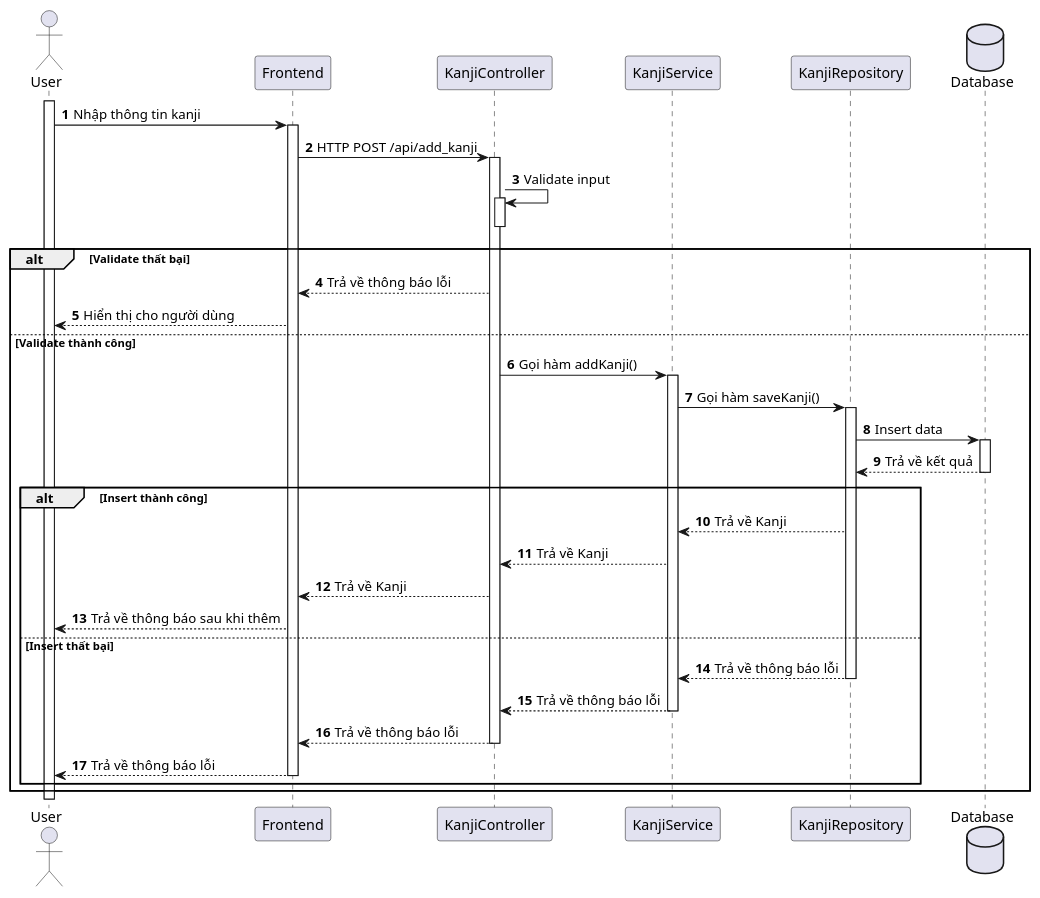
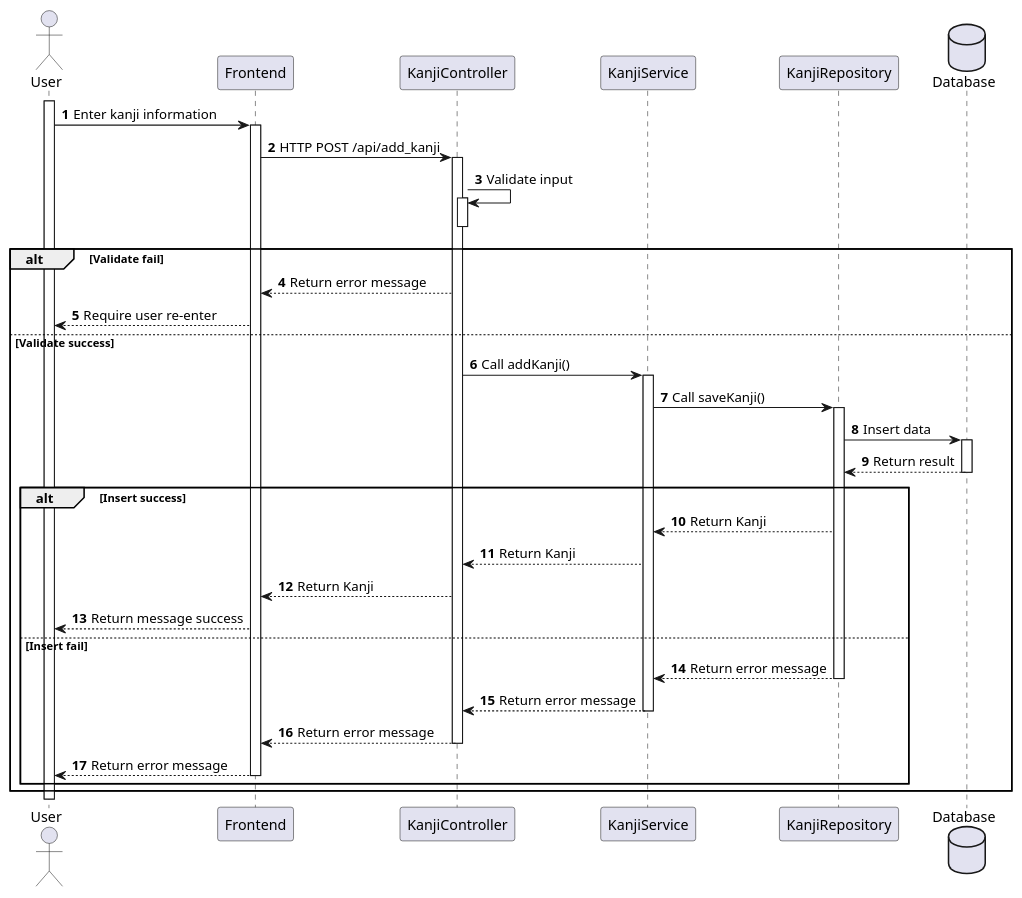
Before and after one commit to Annthe160639/japanese-app: the diagram in japanese-app/plant_uml/Kanji/[Sequence] Kanji_Add.puml, drawn with PlantUML. The commit also changed 7 other files, not shown here.

Commit message:
update sequence

```diff
--- a/japanese-app/plant_uml/Kanji/[Sequence] Kanji_Add.puml
+++ b/japanese-app/plant_uml/Kanji/[Sequence] Kanji_Add.puml
@@ -1,43 +1,43 @@
 @startuml
 actor User
 'participant "Homepage Activity" as Homepage
 participant "Frontend" as Frontend
 participant "KanjiController" as Controller
 participant "KanjiService" as Service
 participant "KanjiRepository" as Repository
 
 database Database
 activate User
 autonumber
 
-User -> Frontend++: Nhập thông tin kanji
+User -> Frontend++: Enter kanji information
 Frontend -> Controller++: HTTP POST /api/add_kanji
 Controller -> Controller: Validate input
 activate Controller
 deactivate Controller
 
-alt Validate thất bại
-    Controller --> Frontend: Trả về thông báo lỗi
-    Frontend --> User: Hiển thị cho người dùng
+alt Validate fail
+    Controller --> Frontend: Return error message
+    Frontend --> User: Require user re-enter
 
-else Validate thành công
-    Controller -> Service++: Gọi hàm addKanji()
-    Service -> Repository++: Gọi hàm saveKanji()
+else Validate success
+    Controller -> Service++: Call addKanji()
+    Service -> Repository++: Call saveKanji()
     Repository -> Database++: Insert data
-    Database --> Repository--: Trả về kết quả
+    Database --> Repository--: Return result
     
-    alt Insert thành công
-        Repository --> Service: Trả về Kanji
-        Service --> Controller: Trả về Kanji
-        Controller --> Frontend: Trả về Kanji
-        Frontend --> User: Trả về thông báo sau khi thêm
+    alt Insert success
+        Repository --> Service: Return Kanji
+        Service --> Controller: Return Kanji
+        Controller --> Frontend: Return Kanji
+        Frontend --> User: Return message success
         
-    else Insert thất bại
-        Repository --> Service: Trả về thông báo lỗi
+    else Insert fail
+        Repository --> Service: Return error message
         deactivate Repository
-        Service --> Controller--: Trả về thông báo lỗi
-        Controller --> Frontend--: Trả về thông báo lỗi
-        Frontend --> User--: Trả về thông báo lỗi
+        Service --> Controller--: Return error message
+        Controller --> Frontend--: Return error message
+        Frontend --> User--: Return error message
     end
 end
 @enduml
```
